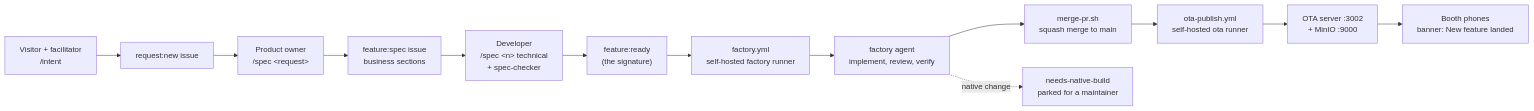
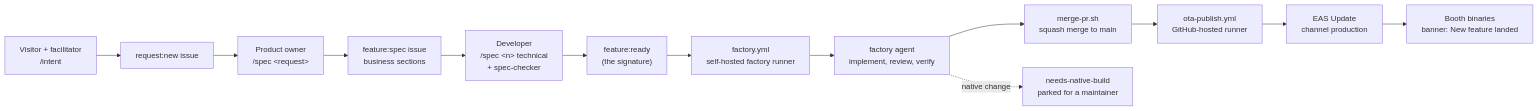
One commit to callstackincubator/apex-software-factory changed the first of 4 diagrams in docs/FACTORY.md. Above: the diagram before and after it, drawn with Mermaid. The commit also changed other lines of this file and 72 other files, not shown here.

````diff
--- a/docs/FACTORY.md
+++ b/docs/FACTORY.md
@@ -41,15 +41,15 @@
 ```mermaid
 flowchart LR
     V["Visitor + facilitator<br/>/intent"] --> R["request:new issue"]
     R --> PO["Product owner<br/>/spec &lt;request&gt;"]
     PO --> FS["feature:spec issue<br/>business sections"]
     FS --> DEV["Developer<br/>/spec &lt;n&gt; technical<br/>+ spec-checker"]
     DEV --> FR["feature:ready<br/>(the signature)"]
     FR --> FY["factory.yml<br/>self-hosted factory runner"]
     FY --> AG["factory agent<br/>implement, review, verify"]
     AG --> M["merge-pr.sh<br/>squash merge to main"]
-    M --> OP["ota-publish.yml<br/>self-hosted ota runner"]
-    OP --> S["OTA server :3002<br/>+ MinIO :9000"]
-    S --> P["Booth phones<br/>banner: New feature landed"]
+    M --> OP["ota-publish.yml<br/>GitHub-hosted runner"]
+    OP --> S["EAS Update<br/>channel production"]
+    S --> P["Booth binaries<br/>banner: New feature landed"]
     AG -.->|"native change"| NB["needs-native-build<br/>parked for a maintainer"]
 ```
````
